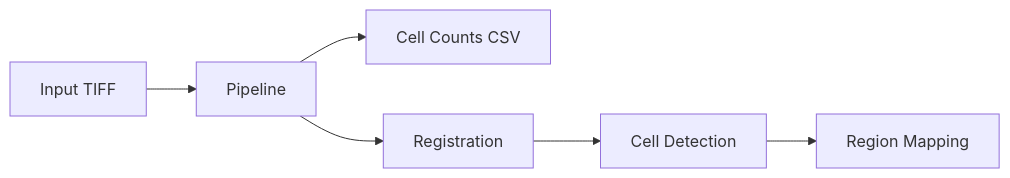
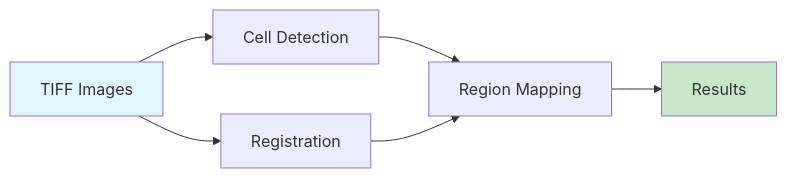
One commit to tlee08/cellcounter changed the diagram in docs/docs/tutorials/quickstart.md. Above: the diagram before and after it, drawn with Mermaid. The commit also changed other lines of this file and 2 other files, not shown here.

````diff
--- a/docs/docs/tutorials/quickstart.md
+++ b/docs/docs/tutorials/quickstart.md
@@ -7,9 +7,11 @@
 ```mermaid
 flowchart LR
-    A[Input TIFF] --> B[Pipeline]
-    B --> C[Cell Counts CSV]
+    A[TIFF Images] --> B[Registration]
+    A --> C[Cell Detection]
+    C --> D[Region Mapping]
+    B --> D
+    D --> E[Results]
 
-    B --> D[Registration]
-    D --> E[Cell Detection]
-    E --> F[Region Mapping]
+    style A fill:#e1f5fe
+    style E fill:#c8e6c9
 ```
````
